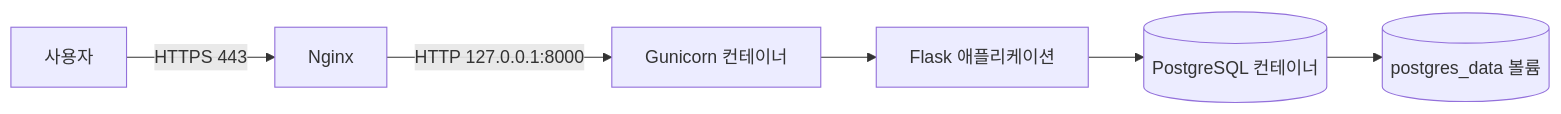
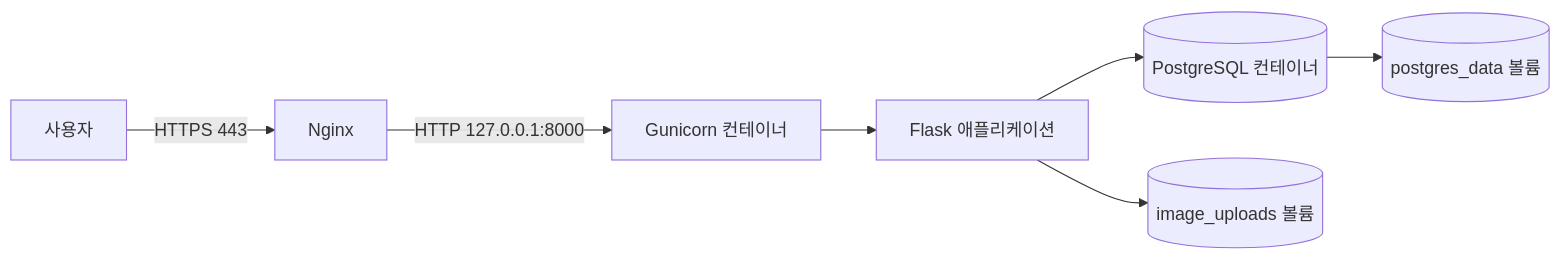
The diagram in Deploy.md (yangsong3/ml_class_testexam_web), drawn with Mermaid before and after one commit. The commit also changed other lines of this file and 25 other files, not shown here.

````diff
--- a/Deploy.md
+++ b/Deploy.md
@@ -19,8 +19,9 @@
 ```mermaid
 flowchart LR
     U[사용자] -->|HTTPS 443| N[Nginx]
     N -->|HTTP 127.0.0.1:8000| G[Gunicorn 컨테이너]
     G --> F[Flask 애플리케이션]
     F --> P[(PostgreSQL 컨테이너)]
     P --> V[(postgres_data 볼륨)]
+    F --> I[(image_uploads 볼륨)]
 ```
````
